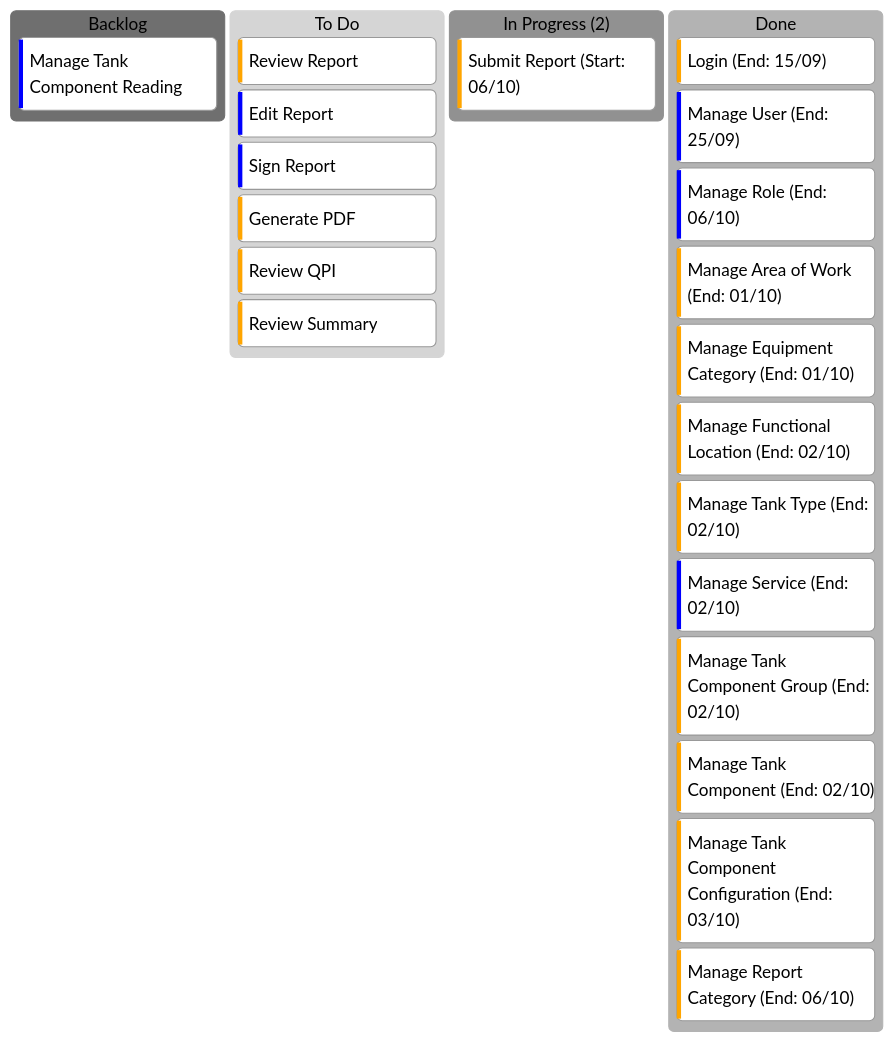
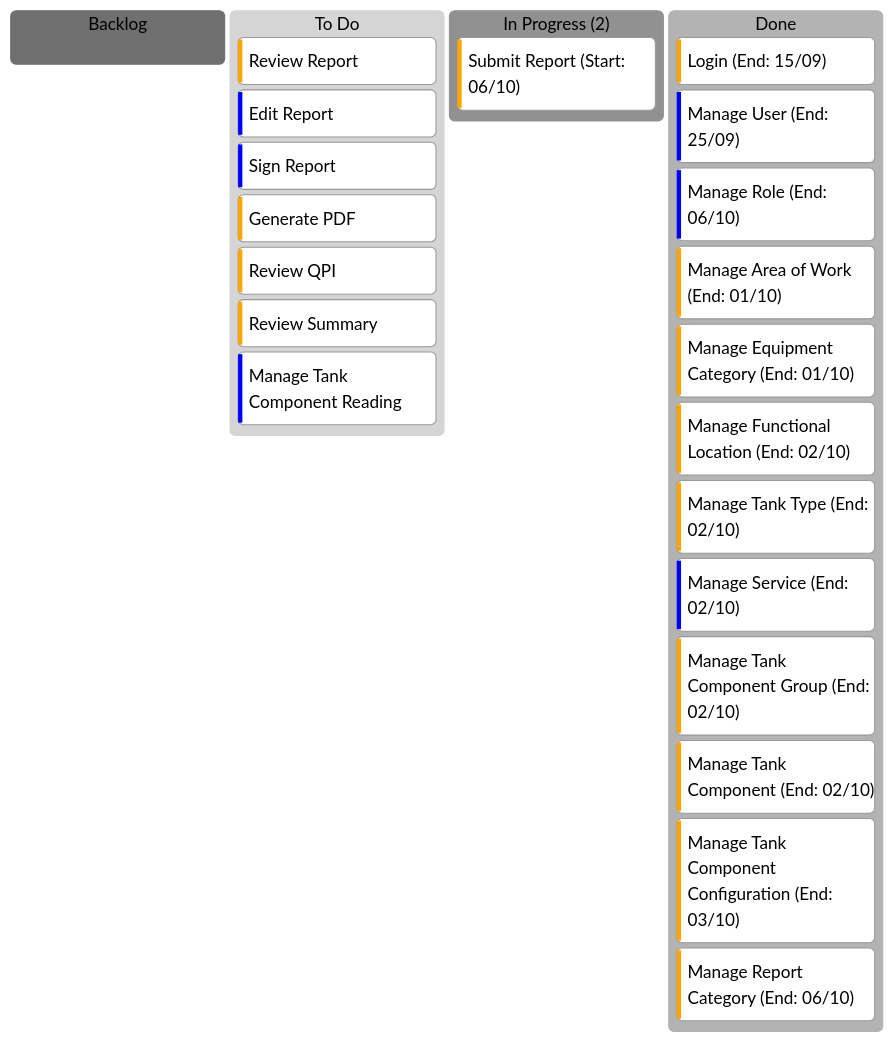
The diagram in Kanban/02-Kanban.md (billdansr/kanban-boc-om), drawn with Mermaid (neutral theme) before and after one commit.

Commit message:
vault backup: 2025-10-08 13:47:41
Manage Tank Component Reading: Backlog -> To Do

````diff
--- a/Kanban/02-Kanban.md
+++ b/Kanban/02-Kanban.md
@@ -3,30 +3,31 @@
 ```mermaid
 kanban
   backlog[Backlog]
-	  uc20[Manage Tank Component Reading]@{priority: 'Low'}
 
   todo[To Do]
 	  uc03[Review Report]@{priority: 'High'}
 	  uc04[Edit Report]@{priority: 'Low'}
 	  uc05[Sign Report]@{priority: 'Low'}
 	  uc06[Generate PDF]@{priority: 'High'}
 	  uc07[Review QPI]@{priority: 'High'}
 	  uc08[Review Summary]@{priority: 'High'}
+	  uc20[Manage Tank Component Reading]@{priority: 'Low'}
+	  
 	  
   inprogress["In Progress (2)"]
 	  uc02["Submit Report (Start: 06/10)"]@{priority: 'High'}
 
   done[Done]
 	  uc01["Login (End: 15/09)"]@{priority: 'High'}
 	  uc09["Manage User (End: 25/09)"]@{priority: 'Low'}
 	  uc10["Manage Role (End: 06/10)"]@{priority: 'Low'}
 	  uc11["Manage Area of Work (End: 01/10)"]@{priority: 'High'}
 	  uc12["Manage Equipment Category (End: 01/10)"]@{priority: 'High'}
 	  uc13["Manage Functional Location (End: 02/10)"]@{priority: 'High'}
 	  uc14["Manage Tank Type (End: 02/10)"]@{priority: 'High'}
 	  uc15["Manage Service (End: 02/10)"]@{priority: 'Low'}
 	  uc16["Manage Tank Component Group (End: 02/10)"]@{priority: 'High'}
 	  uc17["Manage Tank Component (End: 02/10)"]@{priority: 'High'}
 	  uc18["Manage Tank Component Configuration (End: 03/10)"]@{priority: 'High'}
 	  uc19["Manage Report Category (End: 06/10)"]@{priority: 'High'}
 ```
````
